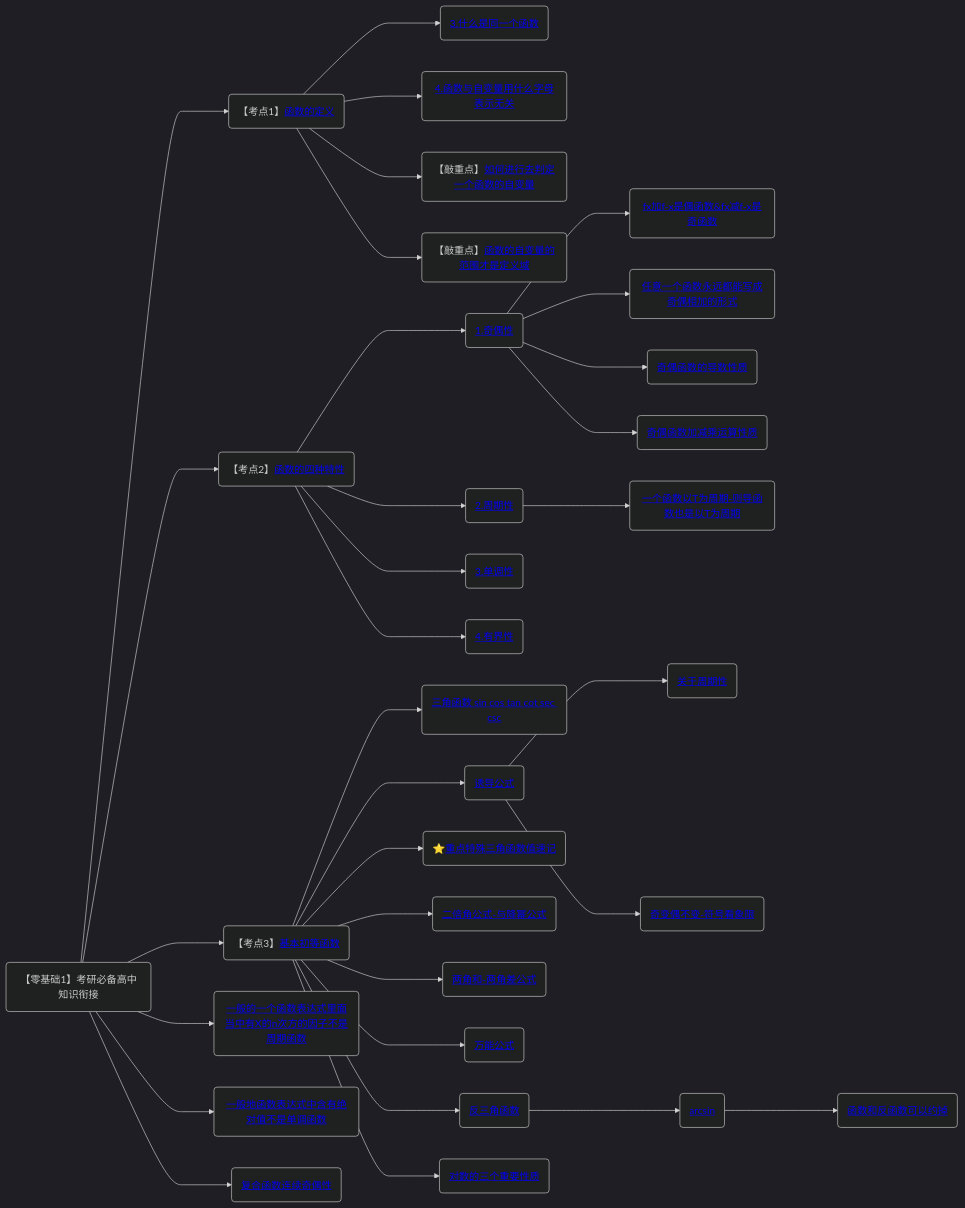
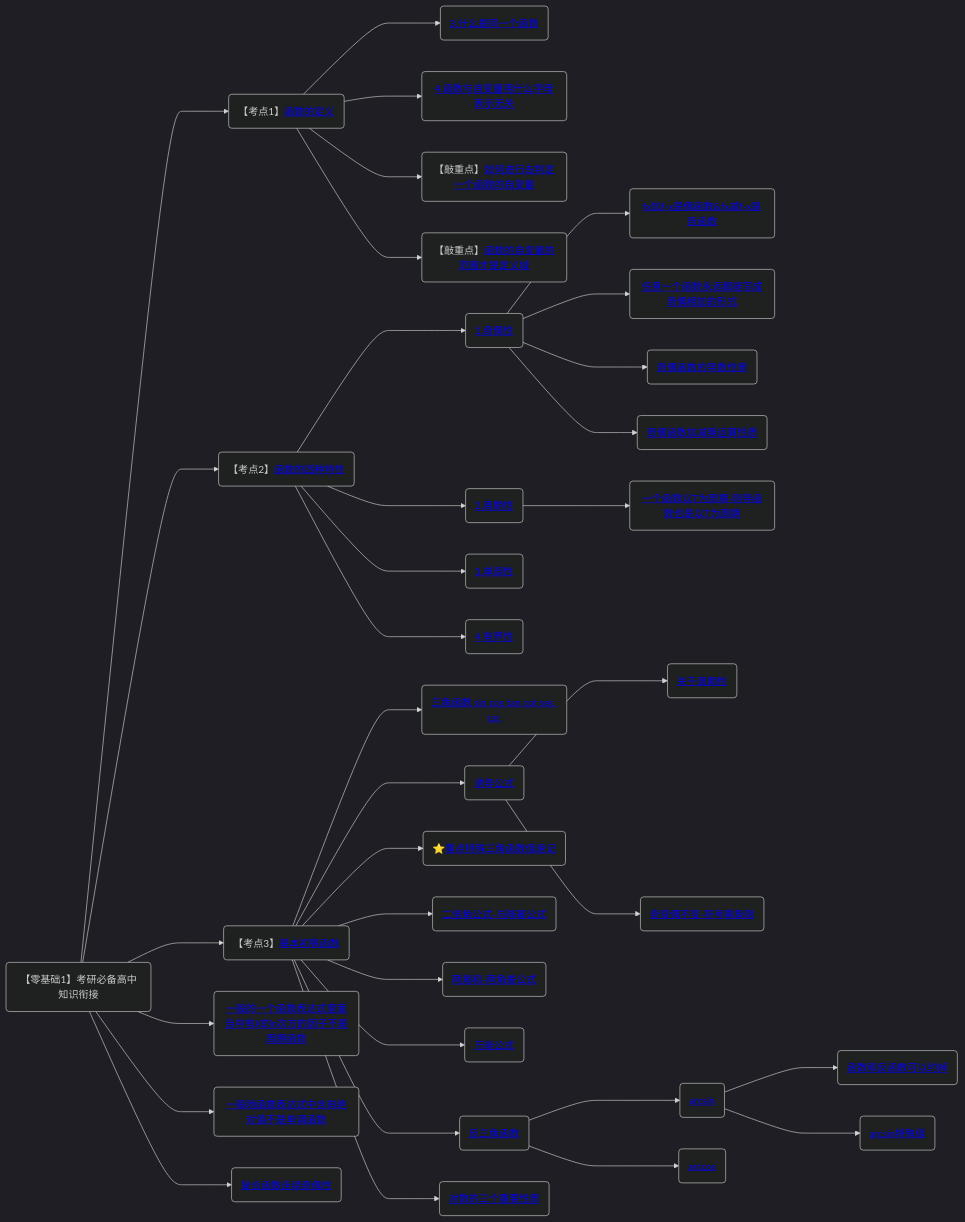
Before and after one commit to yuebinghui/note: the second of 11 diagrams in 笔记/数学/周洋鑫/00.框架.md, drawn with Mermaid (dark theme). The commit also changed 2 other files, not shown here.

Commit message:
Wed Sep 11 18:20:01 CST 2024

````diff
--- a/笔记/数学/周洋鑫/00.框架.md
+++ b/笔记/数学/周洋鑫/00.框架.md
@@ -11,48 +11,50 @@
 ```mermaid
 graph LR
 考研必备高中知识衔接(【零基础1】考研必备高中知识衔接)
 
 考研必备高中知识衔接--->函数的定义(【考点1】<a href="/Users/yuebinghui/Documents/program/github/note/笔记/数学/周洋鑫/02.零基础核心考点精讲1-1～2-1.md#函数的定义">函数的定义</>)
 函数的定义--->3.什么是同一个函数(<a href="/Users/yuebinghui/Documents/program/github/note/笔记/数学/周洋鑫/02.零基础核心考点精讲1-1～2-1.md#3.什么是同一个函数">3.什么是同一个函数</>)
 函数的定义--->4.函数与自变量用什么字母表示无关(<a href="/Users/yuebinghui/Documents/program/github/note/笔记/数学/周洋鑫/02.零基础核心考点精讲1-1～2-1.md#4.函数与自变量用什么字母表示无关">4.函数与自变量用什么字母表示无关</>)
 函数的定义--->如何进行去判定一个函数的自变量(【敲重点】<a href="/Users/yuebinghui/Documents/program/github/note/笔记/数学/周洋鑫/02.零基础核心考点精讲1-1～2-1.md#如何进行去判定一个函数的自变量">如何进行去判定一个函数的自变量</>)
 函数的定义--->函数的自变量的范围才是定义域(【敲重点】<a href="/Users/yuebinghui/Documents/program/github/note/笔记/数学/周洋鑫/02.零基础核心考点精讲1-1～2-1.md#函数的自变量的范围才是定义域">函数的自变量的范围才是定义域</>)
 
 考研必备高中知识衔接--->函数的四种特性(【考点2】<a href="/Users/yuebinghui/Documents/program/github/note/笔记/数学/周洋鑫/02.零基础核心考点精讲1-1～2-1.md#函数的四种特性">函数的四种特性</>)
 函数的四种特性--->1.奇偶性(<a href="/Users/yuebinghui/Documents/program/github/note/笔记/数学/周洋鑫/02.零基础核心考点精讲1-1～2-1.md#1.奇偶性">1.奇偶性</>)
 1.奇偶性--->fx加f-x是偶函数&fx减f-x是奇函数(<a href="/Users/yuebinghui/Documents/program/github/note/笔记/数学/周洋鑫/02.零基础核心考点精讲1-1～2-1.md#fx加f-x是偶函数&fx减f-x是奇函数">fx加f-x是偶函数&fx减f-x是奇函数</>)
 1.奇偶性--->任意一个函数永远都能写成奇偶相加的形式(<a href="/Users/yuebinghui/Documents/program/github/note/笔记/数学/周洋鑫/02.零基础核心考点精讲1-1～2-1.md#任意一个函数永远都能写成奇偶相加的形式">任意一个函数永远都能写成奇偶相加的形式</>)
 1.奇偶性--->奇偶函数的导数性质(<a href="/Users/yuebinghui/Documents/program/github/note/笔记/数学/周洋鑫/02.零基础核心考点精讲1-1～2-1.md#奇偶函数的导数性质">奇偶函数的导数性质</>)
 1.奇偶性--->奇偶函数加减乘运算性质(<a href="/Users/yuebinghui/Documents/program/github/note/笔记/数学/周洋鑫/02.零基础核心考点精讲1-1～2-1.md#奇偶函数加减乘运算性质">奇偶函数加减乘运算性质</>)
 函数的四种特性--->2.周期性(<a href="/Users/yuebinghui/Documents/program/github/note/笔记/数学/周洋鑫/02.零基础核心考点精讲1-1～2-1.md#2.周期性 ">2.周期性 </>)
 2.周期性--->一个函数以T为周期-则导函数也是以T为周期(<a href="/Users/yuebinghui/Documents/program/github/note/笔记/数学/周洋鑫/02.零基础核心考点精讲1-1～2-1.md#一个函数以T为周期-则导函数也是以T为周期">一个函数以T为周期-则导函数也是以T为周期</>)
 函数的四种特性--->3.单调性(<a href="/Users/yuebinghui/Documents/program/github/note/笔记/数学/周洋鑫/02.零基础核心考点精讲1-1～2-1.md#3.单调性">3.单调性</>)
 函数的四种特性--->4.有界性(<a href="/Users/yuebinghui/Documents/program/github/note/笔记/数学/周洋鑫/02.零基础核心考点精讲1-1～2-1.md#4.有界性">4.有界性</>)
 
 
 
 考研必备高中知识衔接--->基本初等函数(【考点3】<a href="/Users/yuebinghui/Documents/program/github/note/笔记/数学/周洋鑫/02.零基础核心考点精讲1-1～2-1.md#基本初等函数">基本初等函数</>)
 基本初等函数--->三角函数(<a href="/Users/yuebinghui/Documents/program/github/note/笔记/数学/周洋鑫/02.零基础核心考点精讲1-1～2-1.md#三角函数">三角函数 sin cos tan cot sec csc</>)
 基本初等函数--->诱导公式(<a href="/Users/yuebinghui/Documents/program/github/note/笔记/数学/周洋鑫/02.零基础核心考点精讲1-1～2-1.md#诱导公式">诱导公式</>)
 诱导公式--->关于周期性(<a href="/Users/yuebinghui/Documents/program/github/note/笔记/数学/周洋鑫/02.零基础核心考点精讲1-1～2-1.md#关于周期性">关于周期性</>)
 诱导公式--->奇变偶不变-符号看象限(<a href="/Users/yuebinghui/Documents/program/github/note/笔记/数学/周洋鑫/02.零基础核心考点精讲1-1～2-1.md#奇变偶不变-符号看象限">奇变偶不变-符号看象限</>)
 基本初等函数--->重点特殊三角函数值速记(⭐️<a href="/Users/yuebinghui/Documents/program/github/note/笔记/数学/周洋鑫/02.零基础核心考点精讲1-1～2-1.md#重点特殊三角函数值速记">重点特殊三角函数值速记</>)
 基本初等函数--->二倍角公式-与降幂公式(<a href="/Users/yuebinghui/Documents/program/github/note/笔记/数学/周洋鑫/02.零基础核心考点精讲1-1～2-1.md#二倍角公式-与降幂公式">二倍角公式-与降幂公式</>)
 基本初等函数--->两角和-两角差公式(<a href="/Users/yuebinghui/Documents/program/github/note/笔记/数学/周洋鑫/02.零基础核心考点精讲1-1～2-1.md#两角和-两角差公式">两角和-两角差公式</>)
 基本初等函数--->万能公式(<a href="/Users/yuebinghui/Documents/program/github/note/笔记/数学/周洋鑫/02.零基础核心考点精讲1-1～2-1.md#万能公式">万能公式</>)
 基本初等函数--->反三角函数(<a href="/Users/yuebinghui/Documents/program/github/note/笔记/数学/周洋鑫/02.零基础核心考点精讲1-1～2-1.md#反三角函数">反三角函数</>)
 反三角函数--->arcsin(<a href="/Users/yuebinghui/Documents/program/github/note/笔记/数学/周洋鑫/02.零基础核心考点精讲1-1～2-1.md#arcsin">arcsin</>)
 arcsin--->函数和反函数可以约掉(<a href="/Users/yuebinghui/Documents/program/github/note/笔记/数学/周洋鑫/02.零基础核心考点精讲1-1～2-1.md#函数和反函数可以约掉">函数和反函数可以约掉</>)
+arcsin--->arcsin特殊值(<a href="/Users/yuebinghui/Documents/program/github/note/笔记/数学/周洋鑫/02.零基础核心考点精讲1-1～2-1.md#arcsin特殊值">arcsin特殊值</>)
+反三角函数--->arccos(<a href="/Users/yuebinghui/Documents/program/github/note/笔记/数学/周洋鑫/02.零基础核心考点精讲1-1～2-1.md#arccos">arccos</>)
 
 基本初等函数--->对数的三个重要性质(<a href="/Users/yuebinghui/Documents/program/github/note/笔记/数学/周洋鑫/02.零基础核心考点精讲1-1～2-1.md#对数的三个重要性质">对数的三个重要性质</>)
 
 
 
 
 
 考研必备高中知识衔接--->一般的一个函数表达式里面当中有X的n次方的因子不是周期函数(<a href="/Users/yuebinghui/Documents/program/github/note/笔记/数学/周洋鑫/04.零基础核心考点精讲3-2.md#一般的一个函数表达式里面当中有X的n次方的因子不是周期函数">一般的一个函数表达式里面当中有X的n次方的因子不是周期函数</>)
 考研必备高中知识衔接--->一般地函数表达式中含有绝对值不是单调函数(<a href="/Users/yuebinghui/Documents/program/github/note/笔记/数学/周洋鑫/04.零基础核心考点精讲3-2.md#一般地函数表达式中含有绝对值不是单调函数">一般地函数表达式中含有绝对值不是单调函数</>)
 考研必备高中知识衔接--->复合函数连续奇偶性(<a href="/Users/yuebinghui/Documents/program/github/note/笔记/数学/周洋鑫/05.1.零基础核心考点精讲4-2.md#复合函数连续奇偶性">复合函数连续奇偶性</>)
 
 
 ```
````
